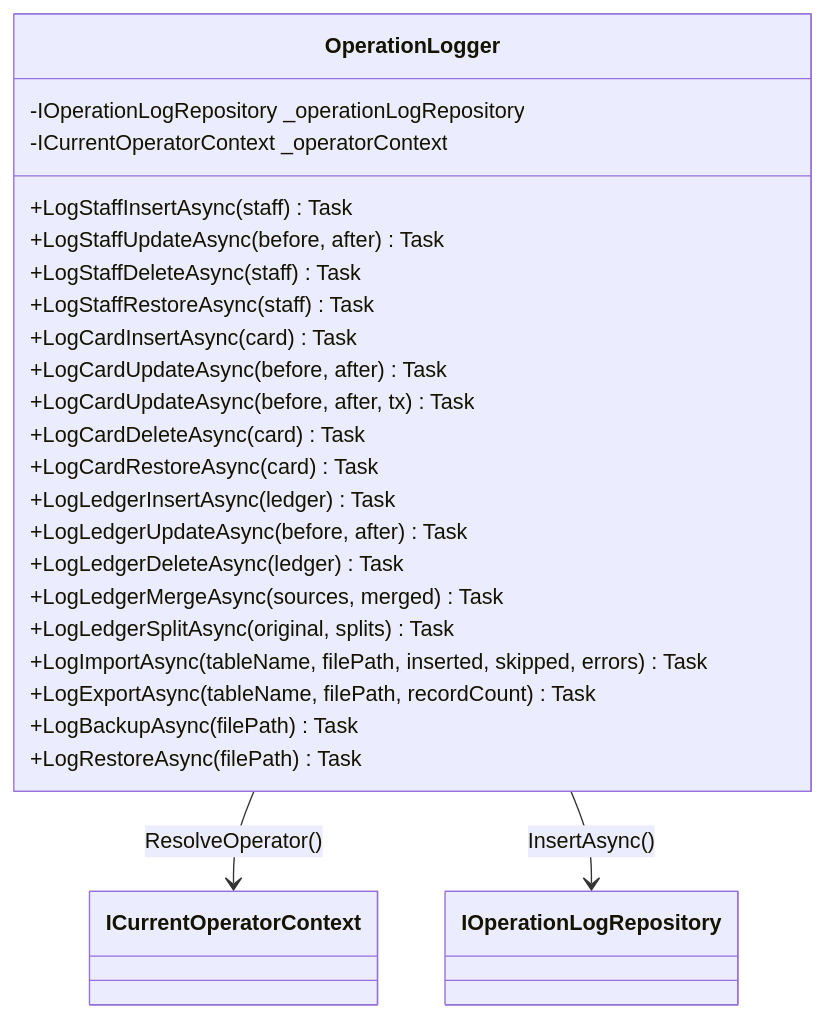
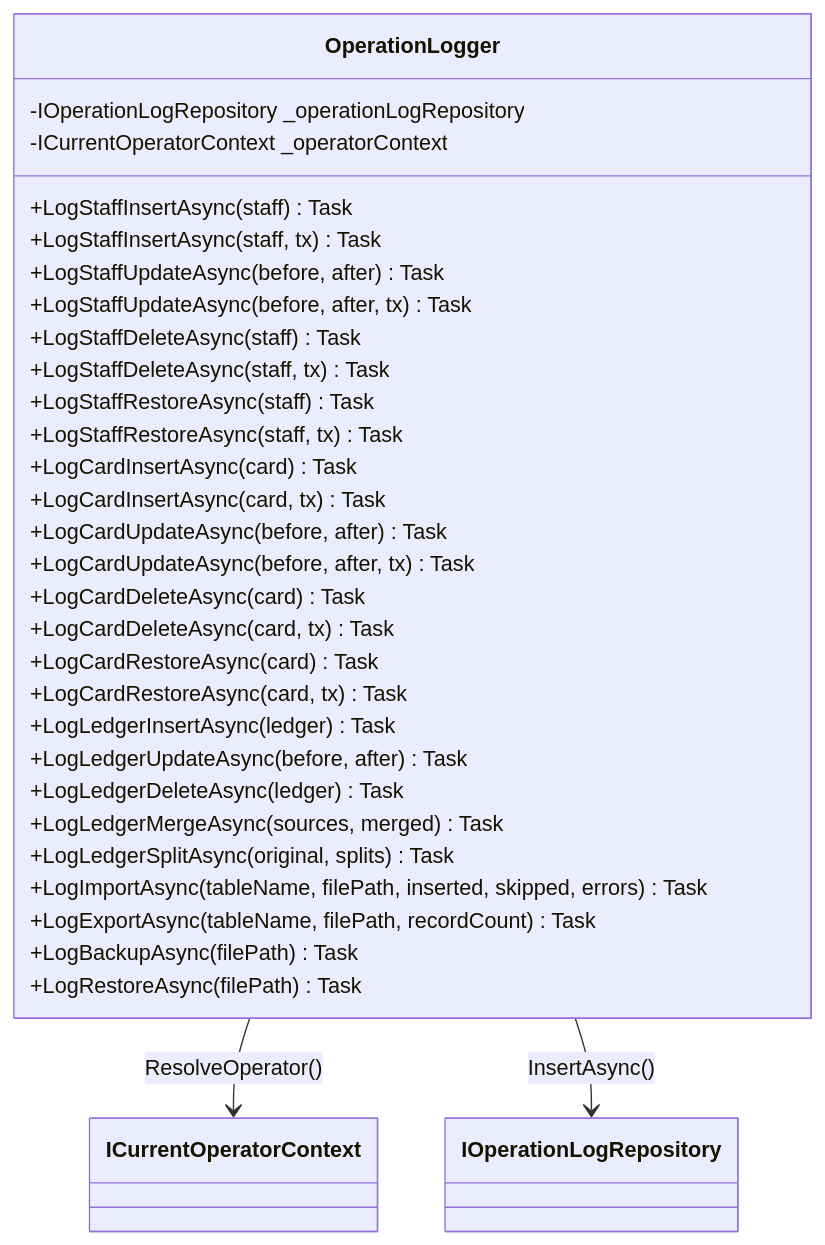
Before and after one commit to kuwayamamasayuki/ICCardManager: diagram 28 of 53 in ICCardManager/docs/design/05_クラス設計書.md, drawn with Mermaid. The commit also changed other lines of this file and 24 other files, not shown here.

````diff
--- a/ICCardManager/docs/design/05_クラス設計書.md
+++ b/ICCardManager/docs/design/05_クラス設計書.md
@@ -2066,28 +2089,35 @@
 ```mermaid
 classDiagram
     class OperationLogger {
         -IOperationLogRepository _operationLogRepository
         -ICurrentOperatorContext _operatorContext
         +LogStaffInsertAsync(staff) Task
+        +LogStaffInsertAsync(staff, tx) Task
         +LogStaffUpdateAsync(before, after) Task
+        +LogStaffUpdateAsync(before, after, tx) Task
         +LogStaffDeleteAsync(staff) Task
+        +LogStaffDeleteAsync(staff, tx) Task
         +LogStaffRestoreAsync(staff) Task
+        +LogStaffRestoreAsync(staff, tx) Task
         +LogCardInsertAsync(card) Task
+        +LogCardInsertAsync(card, tx) Task
         +LogCardUpdateAsync(before, after) Task
         +LogCardUpdateAsync(before, after, tx) Task
         +LogCardDeleteAsync(card) Task
+        +LogCardDeleteAsync(card, tx) Task
         +LogCardRestoreAsync(card) Task
+        +LogCardRestoreAsync(card, tx) Task
         +LogLedgerInsertAsync(ledger) Task
         +LogLedgerUpdateAsync(before, after) Task
         +LogLedgerDeleteAsync(ledger) Task
         +LogLedgerMergeAsync(sources, merged) Task
         +LogLedgerSplitAsync(original, splits) Task
         +LogImportAsync(tableName, filePath, inserted, skipped, errors) Task
         +LogExportAsync(tableName, filePath, recordCount) Task
         +LogBackupAsync(filePath) Task
         +LogRestoreAsync(filePath) Task
     }
 
     OperationLogger --> ICurrentOperatorContext : ResolveOperator()
     OperationLogger --> IOperationLogRepository : InsertAsync()
 ```
````
